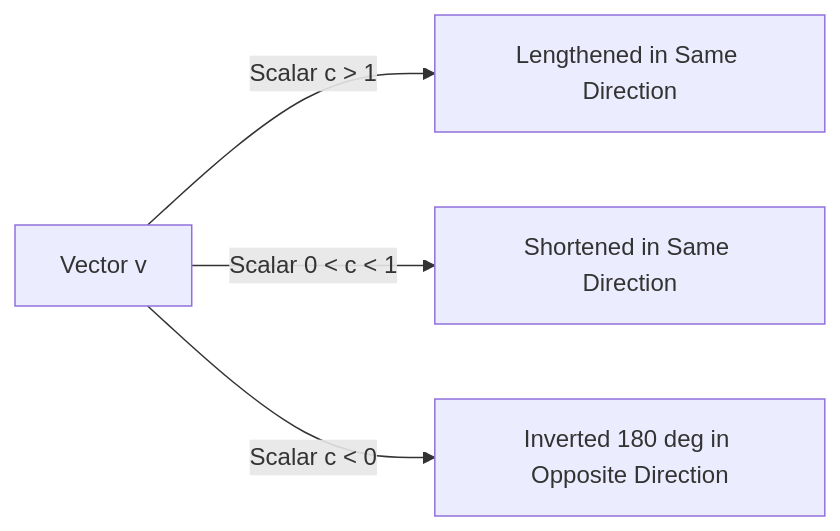
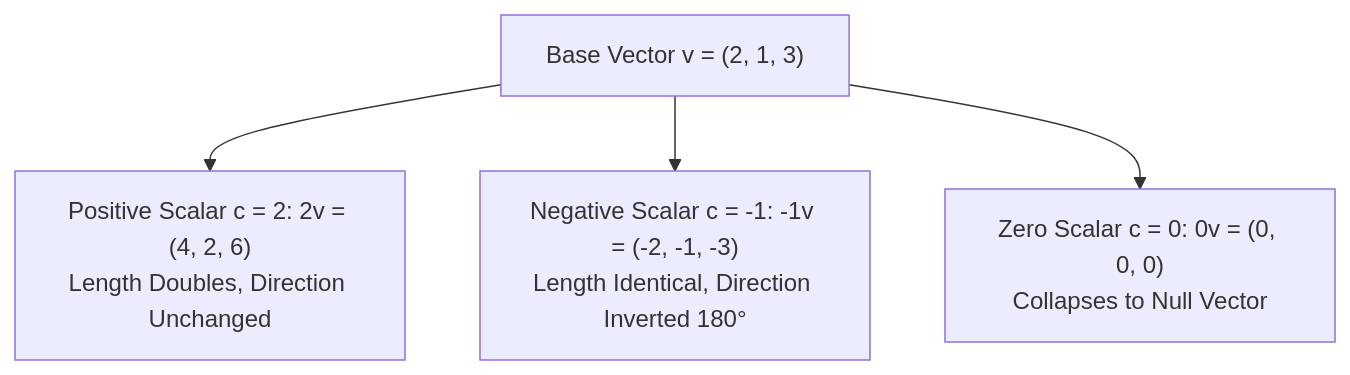
One commit to S1h2i3v4a/AI_ML changed the diagram in lecture_21/Notes_21.09/README.md. Above: the diagram before and after it, drawn with Mermaid. The commit also changed other lines of this file and 203 other files, not shown here.

Commit message:
docs(lectures 19-21): align notes with video lectures, add blackboard diagrams, clean structured functions, and compile vector PDFs

````diff
--- a/lecture_21/Notes_21.09/README.md
+++ b/lecture_21/Notes_21.09/README.md
@@ -21,6 +10,6 @@
 ```mermaid
-flowchart LR
-    A["Vector v"] -->|Scalar c > 1| B["Lengthened in Same Direction"]
-    A -->|Scalar 0 < c < 1| C["Shortened in Same Direction"]
-    A -->|Scalar c < 0| D["Inverted 180 deg in Opposite Direction"]
+flowchart TD
+    Original["Base Vector v = (2, 1, 3)"] --> Pos["Positive Scalar c = 2: 2v = (4, 2, 6)<br/>Length Doubles, Direction Unchanged"]
+    Original --> Neg["Negative Scalar c = -1: -1v = (-2, -1, -3)<br/>Length Identical, Direction Inverted 180°"]
+    Original --> Zero["Zero Scalar c = 0: 0v = (0, 0, 0)<br/>Collapses to Null Vector"]
 ```
````
